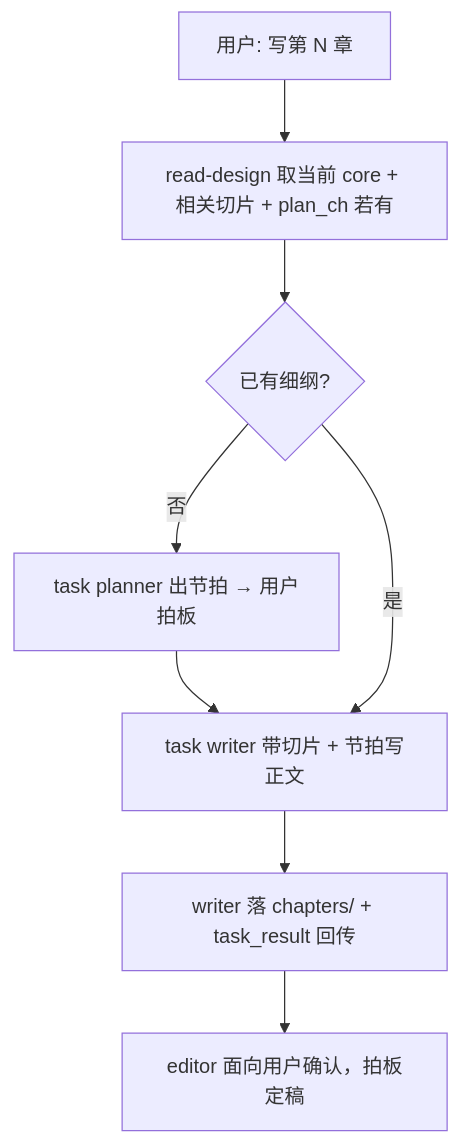
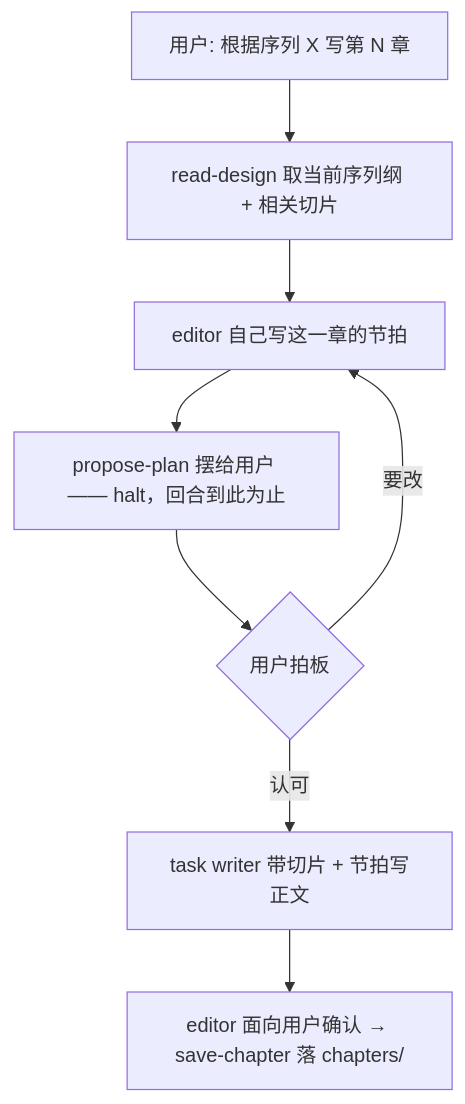
One commit to Sunshine334419520/talemate changed the diagram in docs/design-docs.md. Above: the diagram before and after it, drawn with Mermaid. The commit also changed other lines of this file and 25 other files, not shown here.

Commit message:
Refactor chapter writing workflow to remove planner agent and add plan p

````diff
--- a/docs/design-docs.md
+++ b/docs/design-docs.md
@@ -68,10 +68,10 @@
 ```mermaid
 flowchart TD
-    W[用户: 写第 N 章] --> W1[read-design 取当前 core + 相关切片 + plan_ch 若有]
-    W1 --> W2{已有细纲?}
-    W2 -- 否 --> W3[task planner 出节拍 → 用户拍板]
-    W3 --> W4
-    W2 -- 是 --> W4[task writer 带切片 + 节拍写正文]
-    W4 --> W5[writer 落 chapters/ + task_result 回传]
-    W5 --> W6[editor 面向用户确认，拍板定稿]
+    W[用户: 根据序列 X 写第 N 章] --> W1[read-design 取当前序列纲 + 相关切片]
+    W1 --> W2[editor 自己写这一章的节拍]
+    W2 --> W3[propose-plan 摆给用户 —— halt，回合到此为止]
+    W3 --> W4{用户拍板}
+    W4 -- 要改 --> W2
+    W4 -- 认可 --> W5[task writer 带切片 + 节拍写正文]
+    W5 --> W6[editor 面向用户确认 → save-chapter 落 chapters/]
 ```
````
